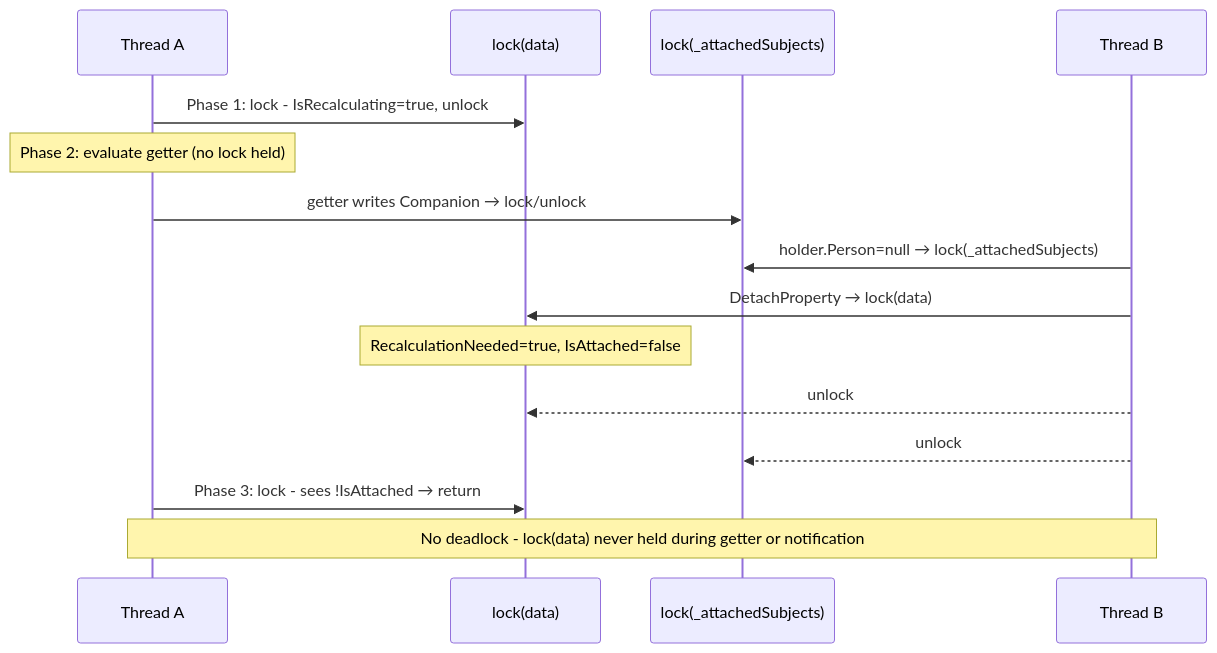
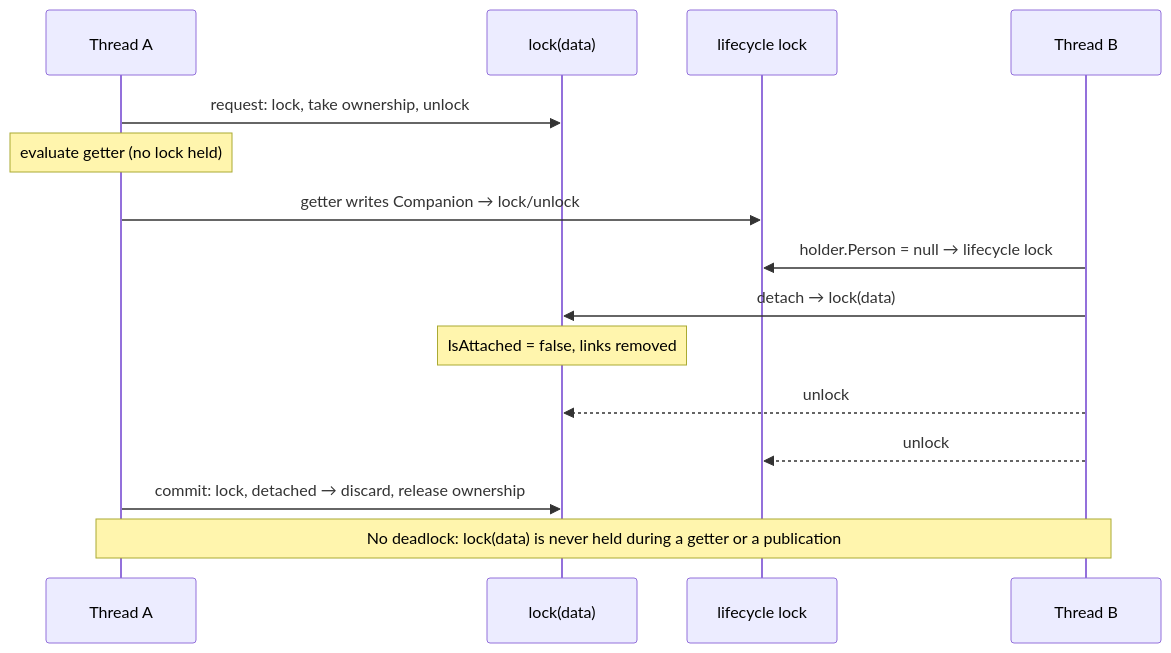
The second of 2 diagrams in docs/design/tracking-derived-properties.md (RicoSuter/Namotion.Interceptor), drawn with Mermaid before and after one commit. The commit also changed other lines of this file and 2 other files, not shown here.

````diff
--- a/docs/design/tracking-derived-properties.md
+++ b/docs/design/tracking-derived-properties.md
@@ -473,18 +332,18 @@
 ```mermaid
 sequenceDiagram
     participant A as Thread A
     participant DL as lock(data)
-    participant AL as lock(_attachedSubjects)
+    participant AL as lifecycle lock
     participant B as Thread B
 
-    A->>DL: Phase 1: lock - IsRecalculating=true, unlock
-    Note over A: Phase 2: evaluate getter (no lock held)
+    A->>DL: request: lock, take ownership, unlock
+    Note over A: evaluate getter (no lock held)
     A->>AL: getter writes Companion → lock/unlock
-    B->>AL: holder.Person=null → lock(_attachedSubjects)
-    B->>DL: DetachProperty → lock(data)
-    Note over DL: RecalculationNeeded=true, IsAttached=false
+    B->>AL: holder.Person = null → lifecycle lock
+    B->>DL: detach → lock(data)
+    Note over DL: IsAttached = false, links removed
     B-->>DL: unlock
     B-->>AL: unlock
-    A->>DL: Phase 3: lock - sees !IsAttached → return
-    Note over A,B: No deadlock - lock(data) never held during getter or notification
+    A->>DL: commit: lock, detached → discard, release ownership
+    Note over A,B: No deadlock: lock(data) is never held during a getter or a publication
 ```
````
